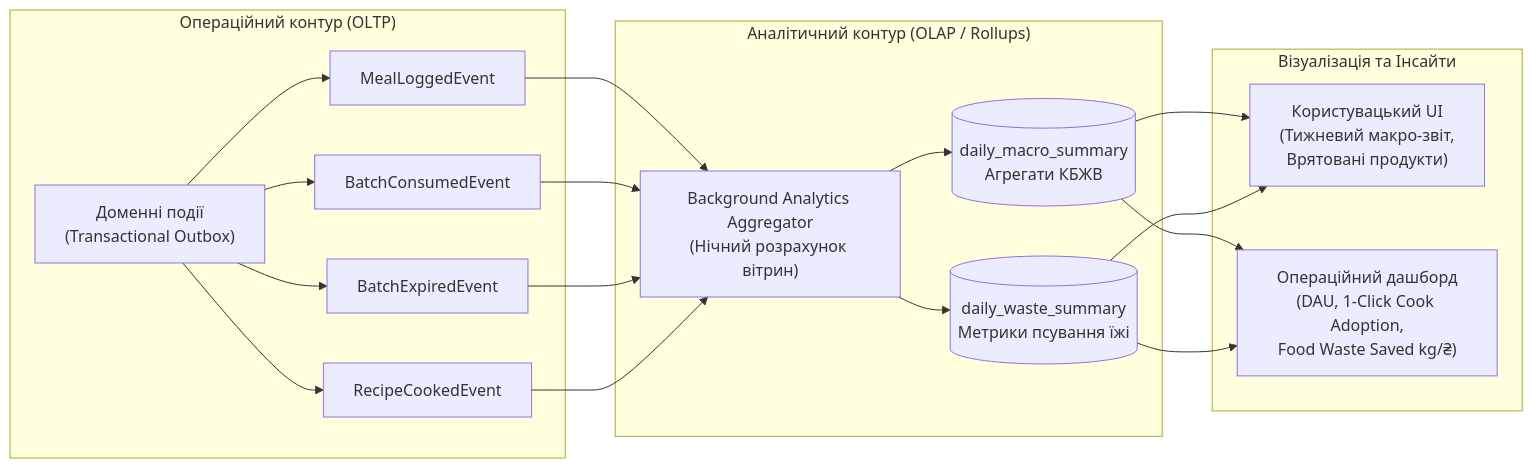
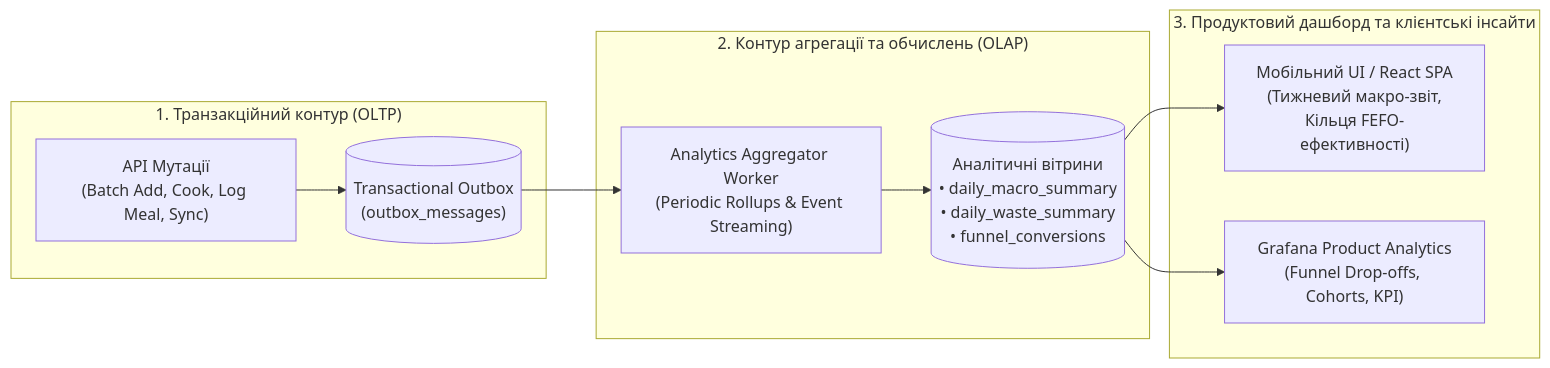
One commit to MaxHotiuk/ediens changed the first of 4 diagrams in docs/Ediens_SRS/11-analytics-model.md. Above: the diagram before and after it, drawn with Mermaid. The commit also changed other lines of this file and 6 other files, not shown here.

Commit message:
docs(DOC-03): complete functional analytics (15 metrics + 3 funnels) and operational monitoring (15 metrics + 10 alert runbooks)

````diff
--- a/docs/Ediens_SRS/11-analytics-model.md
+++ b/docs/Ediens_SRS/11-analytics-model.md
@@ -13,34 +22,17 @@
 ```mermaid
 flowchart LR
-    subgraph OperationalDB ["Операційний контур (OLTP)"]
-        events["Доменні події<br/>(Transactional Outbox)"]
-        events --> event1["MealLoggedEvent"]
-        events --> event2["BatchConsumedEvent"]
-        events --> event3["BatchExpiredEvent"]
-        events --> event4["RecipeCookedEvent"]
+    subgraph TransactionalTier ["1. Транзакційний контур (OLTP)"]
+        apiMutations["API Мутації<br/>(Batch Add, Cook, Log Meal, Sync)"] --> outboxTable[("Transactional Outbox<br/>(outbox_messages)")]
     end
 
-    subgraph AnalyticsEngine ["Аналітичний контур (OLAP / Rollups)"]
-        worker["Background Analytics Aggregator<br/>(Нічний розрахунок вітрин)"]
-        view1[("daily_macro_summary<br/>Агрегати КБЖВ")]
-        view2[("daily_waste_summary<br/>Метрики псування їжі")]
+    subgraph AggregationTier ["2. Контур агрегації та обчислень (OLAP)"]
+        workerAggregator["Analytics Aggregator Worker<br/>(Periodic Rollups & Event Streaming)"]
+        outboxTable --> workerAggregator
+        workerAggregator --> rollupsDB[("Аналітичні вітрини<br/>• daily_macro_summary<br/>• daily_waste_summary<br/>• funnel_conversions")]
     end
 
-    subgraph Reporting ["Візуалізація та Інсайти"]
-        userUi["Користувацький UI<br/>(Тижневий макро-звіт,<br/>Врятовані продукти)"]
-        grafanaBi["Операційний дашборд<br/>(DAU, 1-Click Cook Adoption,<br/>Food Waste Saved kg/₴)"]
+    subgraph ProductBI ["3. Продуктовий дашборд та клієнтські інсайти"]
+        rollupsDB --> mobileApp["Мобільний UI / React SPA<br/>(Тижневий макро-звіт,<br/>Кільця FEFO-ефективності)"]
+        rollupsDB --> grafanaProduct["Grafana Product Analytics<br/>(Funnel Drop-offs, Cohorts, KPI)"]
     end
-
-    event1 --> worker
-    event2 --> worker
-    event3 --> worker
-    event4 --> worker
-
-    worker --> view1
-    worker --> view2
-
-    view1 --> userUi
-    view2 --> userUi
-    view1 --> grafanaBi
-    view2 --> grafanaBi
 ```
````
